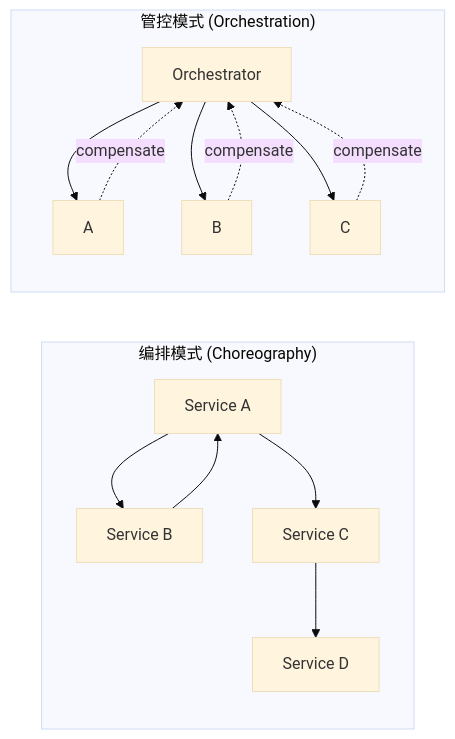
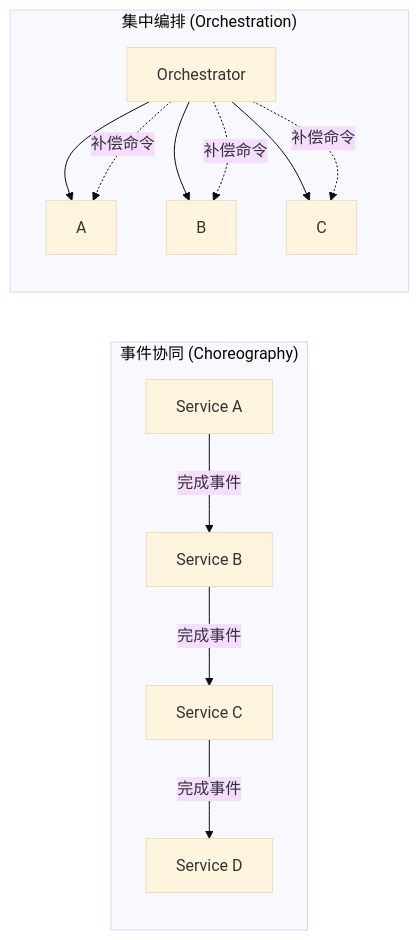
Before and after one commit to BryantChang1992/ai_wikis: the fifth of 15 diagrams in 知识库/wiki/事务模型深度调研.md, drawn with Mermaid (base theme). The commit also changed other lines of this file and 205 other files, not shown here.

Commit message:
Review knowledge evidence, deepen paper notes, and standardize Mermaid diagrams

````diff
--- a/知识库/wiki/事务模型深度调研.md
+++ b/知识库/wiki/事务模型深度调研.md
@@ -371,17 +338,16 @@
 ```mermaid
 flowchart LR
-    subgraph Choreography["编排模式 (Choreography)"]
-        SA["Service A"] --> SB["Service B"]
-        SB --> SA
-        SA --> SC["Service C"]
-        SC --> SD["Service D"]
+    subgraph Choreography["事件协同 (Choreography)"]
+        SA["Service A"] -->|"完成事件"| SB["Service B"]
+        SB -->|"完成事件"| SC["Service C"]
+        SC -->|"完成事件"| SD["Service D"]
     end
-    subgraph Orchestration["管控模式 (Orchestration)"]
+    subgraph Orchestration["集中编排 (Orchestration)"]
         O["Orchestrator"] --> OA["A"]
         O --> OB["B"]
         O --> OC["C"]
-        OA -.->|"compensate"| O
-        OB -.->|"compensate"| O
-        OC -.->|"compensate"| O
+        O -.->|"补偿命令"| OA
+        O -.->|"补偿命令"| OB
+        O -.->|"补偿命令"| OC
     end
 ```
````
